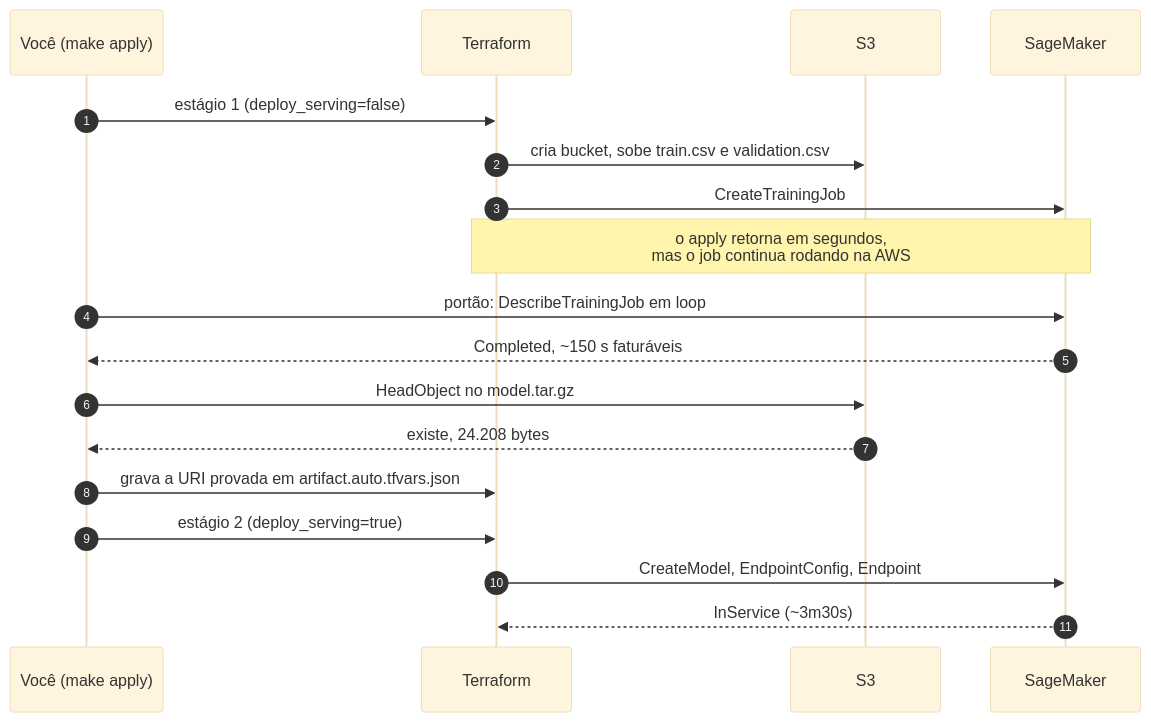
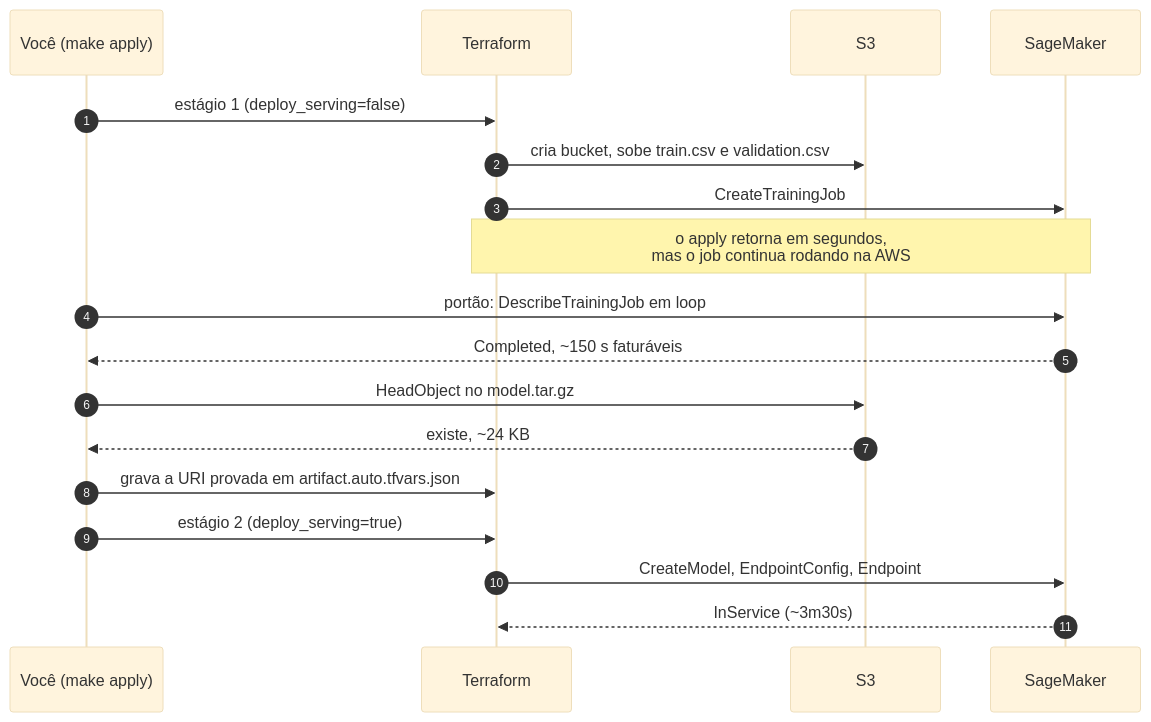
The second of 4 diagrams in 02-ml-system/README.md (vamperst/FIAP-Cloud-Based-Machine-Learning), drawn with Mermaid (base theme) before and after one commit. The commit also changed other lines of this file, not shown here.

````diff
--- a/02-ml-system/README.md
+++ b/02-ml-system/README.md
@@ -159,21 +151,21 @@
 ```mermaid
 sequenceDiagram
   autonumber
   participant V as Você (make apply)
   participant TF as Terraform
   participant S3 as S3
   participant SM as SageMaker
 
   V->>TF: estágio 1 (deploy_serving=false)
   TF->>S3: cria bucket, sobe train.csv e validation.csv
   TF->>SM: CreateTrainingJob
   Note over TF,SM: o apply retorna em segundos,<br/>mas o job continua rodando na AWS
   V->>SM: portão: DescribeTrainingJob em loop
   SM-->>V: Completed, ~150 s faturáveis
   V->>S3: HeadObject no model.tar.gz
-  S3-->>V: existe, 24.208 bytes
+  S3-->>V: existe, ~24 KB
   V->>TF: grava a URI provada em artifact.auto.tfvars.json
   V->>TF: estágio 2 (deploy_serving=true)
   TF->>SM: CreateModel, EndpointConfig, Endpoint
   SM-->>TF: InService (~3m30s)
 ```
````
